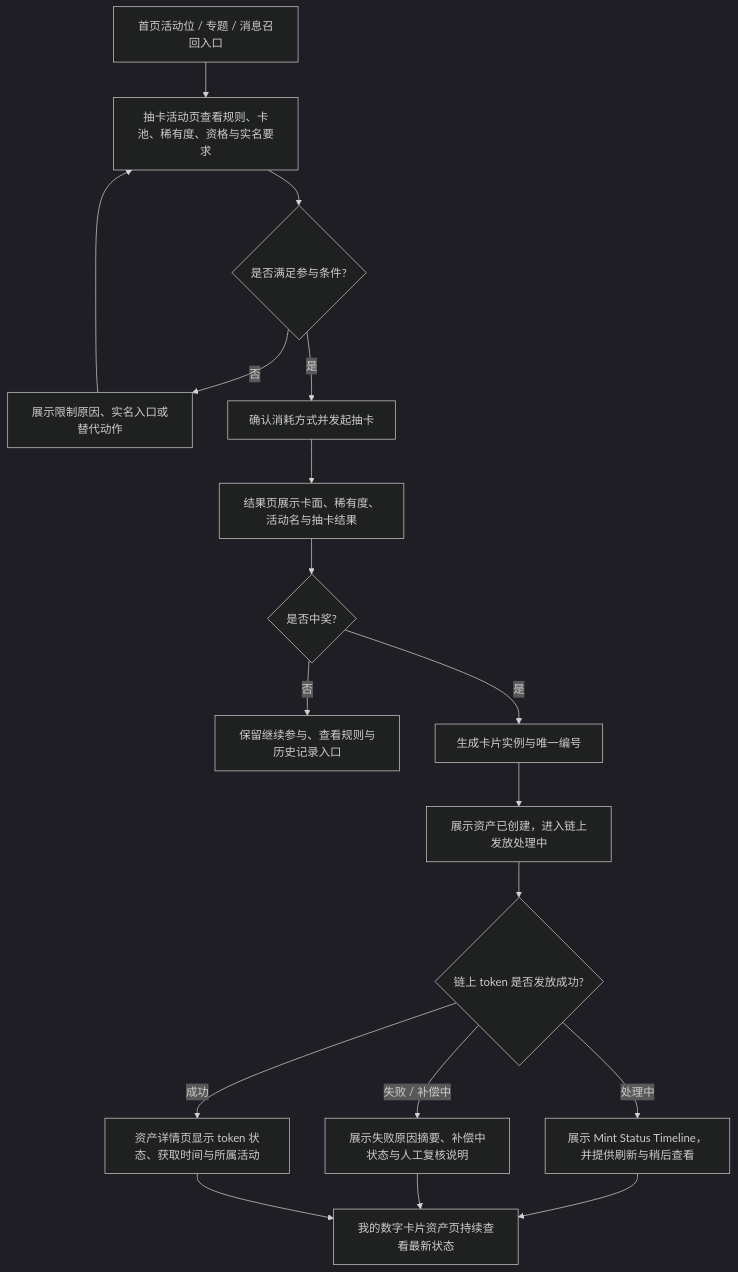
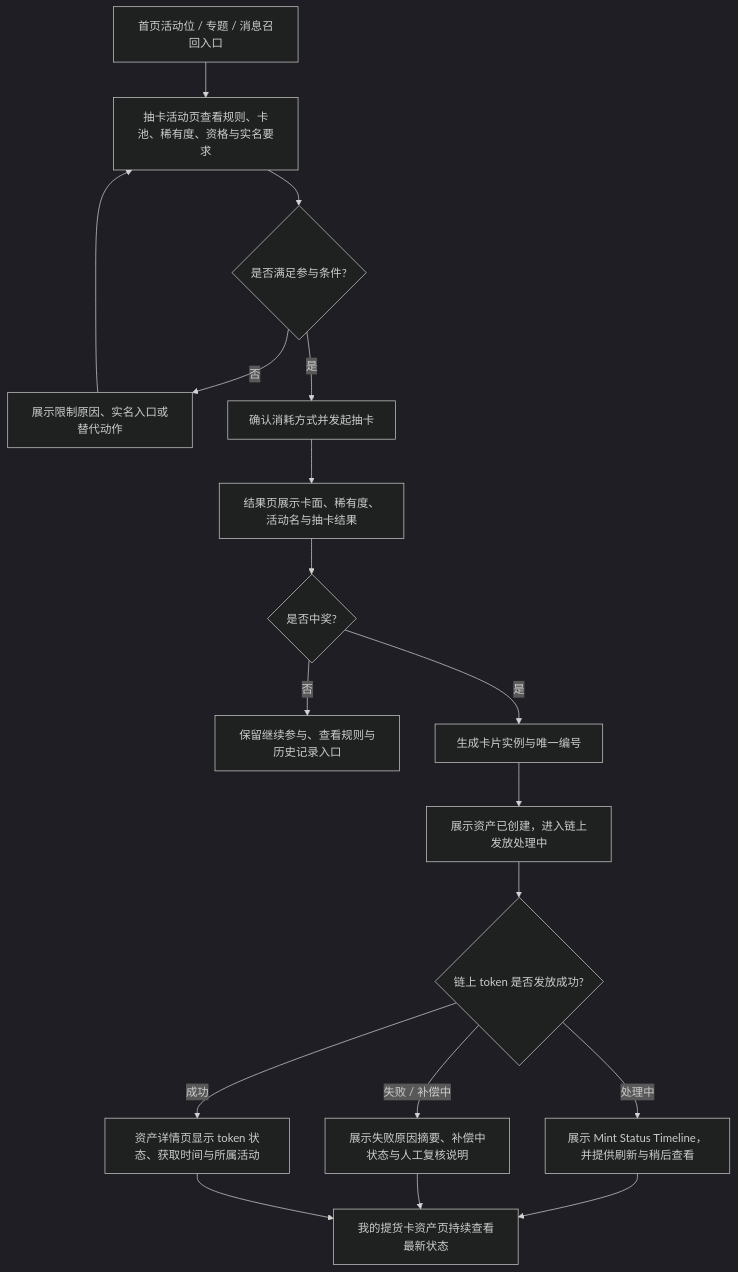
Before and after one commit to helayD/zero-admin: the fourth of 5 diagrams in _opcos/planning-artifacts/1-new-feature/ux-design.md, drawn with Mermaid (dark theme). The commit also changed other lines of this file and 60 other files, not shown here.

````diff
--- a/_opcos/planning-artifacts/1-new-feature/ux-design.md
+++ b/_opcos/planning-artifacts/1-new-feature/ux-design.md
@@ -441,20 +441,20 @@
 ```mermaid
 flowchart TD
     A["首页活动位 / 专题 / 消息召回入口"] --> B["抽卡活动页查看规则、卡池、稀有度、资格与实名要求"]
     B --> C{"是否满足参与条件?"}
     C -- "否" --> D["展示限制原因、实名入口或替代动作"]
     D --> B
     C -- "是" --> E["确认消耗方式并发起抽卡"]
     E --> F["结果页展示卡面、稀有度、活动名与抽卡结果"]
     F --> G{"是否中奖?"}
     G -- "否" --> H["保留继续参与、查看规则与历史记录入口"]
     G -- "是" --> I["生成卡片实例与唯一编号"]
     I --> J["展示资产已创建，进入链上发放处理中"]
     J --> K{"链上 token 是否发放成功?"}
     K -- "成功" --> L["资产详情页显示 token 状态、获取时间与所属活动"]
     K -- "处理中" --> M["展示 Mint Status Timeline，并提供刷新与稍后查看"]
     K -- "失败 / 补偿中" --> N["展示失败原因摘要、补偿中状态与人工复核说明"]
-    M --> O["我的数字卡片资产页持续查看最新状态"]
+    M --> O["我的提货卡资产页持续查看最新状态"]
     N --> O
     L --> O
 ```
````
